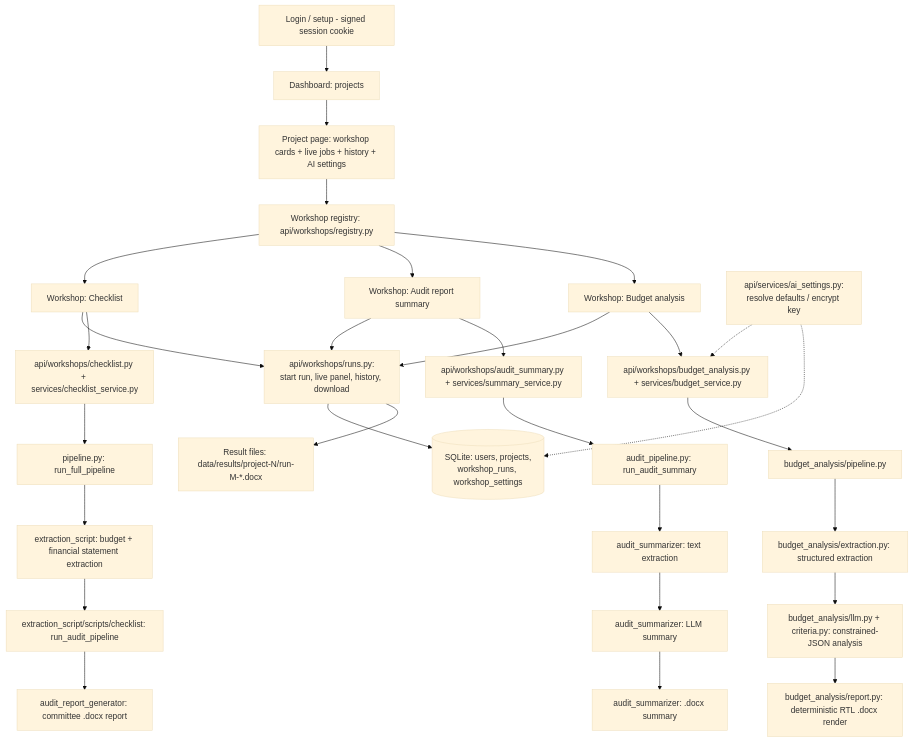
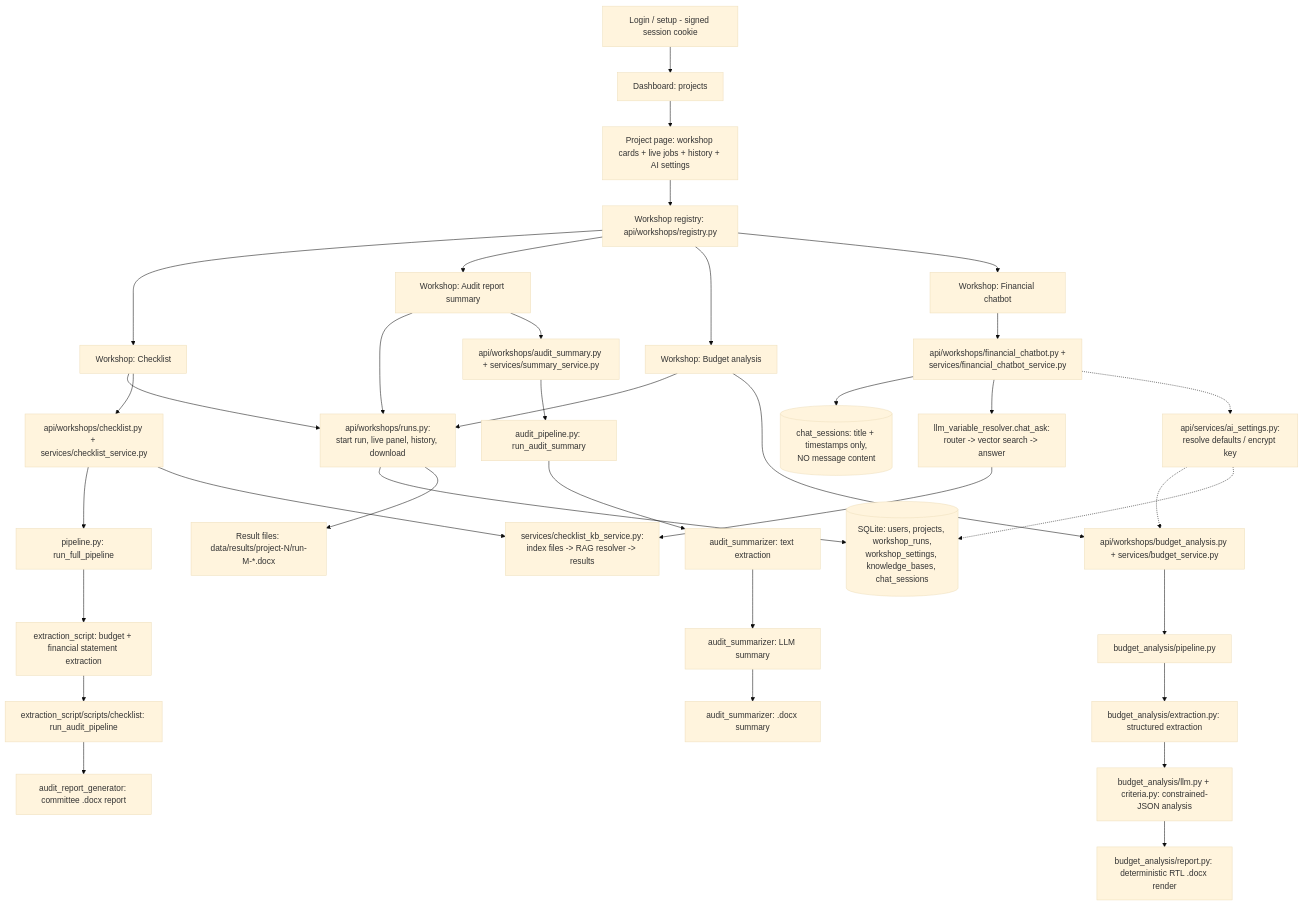
The diagram in README.md (math-team-project/persian-smart-accounting), drawn with Mermaid (base theme) before and after one commit. The commit also changed other lines of this file and 17 other files, not shown here.

````diff
--- a/README.md
+++ b/README.md
@@ -96,37 +109,45 @@
 ```mermaid
 flowchart TD
     AUTH[Login / setup - signed session cookie] --> DASH[Dashboard: projects]
     DASH --> PROJ[Project page: workshop cards + live jobs + history + AI settings]
     PROJ --> REG[Workshop registry: api/workshops/registry.py]
 
     REG --> WS1[Workshop: Checklist]
     REG --> WS2[Workshop: Audit report summary]
     REG --> WS3[Workshop: Budget analysis]
+    REG --> WS4[Workshop: Financial chatbot]
 
     WS1 --> RUNS[api/workshops/runs.py:<br/>start run, live panel, history, download]
     WS2 --> RUNS
     WS3 --> RUNS
-    RUNS --> DB[(SQLite: users, projects,<br/>workshop_runs, workshop_settings)]
+    RUNS --> DB[(SQLite: users, projects, workshop_runs,<br/>workshop_settings, knowledge_bases, chat_sessions)]
     RUNS --> FILES[Result files: data/results/project-N/run-M-*.docx]
 
     WS1 --> API1[api/workshops/checklist.py + services/checklist_service.py]
     API1 --> P1[pipeline.py: run_full_pipeline]
     P1 --> EX[extraction_script: budget + financial statement extraction]
     EX --> CL[extraction_script/scripts/checklist: run_audit_pipeline]
     CL --> RPT[audit_report_generator: committee .docx report]
+    API1 --> KB[services/checklist_kb_service.py:<br/>index files -> RAG resolver -> results]
 
     WS2 --> API2[api/workshops/audit_summary.py + services/summary_service.py]
     API2 --> P2[audit_pipeline.py: run_audit_summary]
     P2 --> FI[audit_summarizer: text extraction]
     FI --> LLM2[audit_summarizer: LLM summary]
     LLM2 --> DOC[audit_summarizer: .docx summary]
 
     WS3 --> API3[api/workshops/budget_analysis.py + services/budget_service.py]
     API3 --> P3[budget_analysis/pipeline.py]
     P3 --> E3[budget_analysis/extraction.py: structured extraction]
     E3 --> A3[budget_analysis/llm.py + criteria.py: constrained-JSON analysis]
     A3 --> R3[budget_analysis/report.py: deterministic RTL .docx render]
 
+    WS4 --> API4[api/workshops/financial_chatbot.py +<br/>services/financial_chatbot_service.py]
+    API4 --> CH[(chat_sessions: title + timestamps only,<br/>NO message content)]
+    API4 --> RAG[llm_variable_resolver.chat_ask:<br/>router -> vector search -> answer]
+    RAG --> KB
+    API4 -.-> SETT
+
     SETT[api/services/ai_settings.py:<br/>resolve defaults / encrypt key] -.-> API3
     SETT -.-> DB
 ```
````
